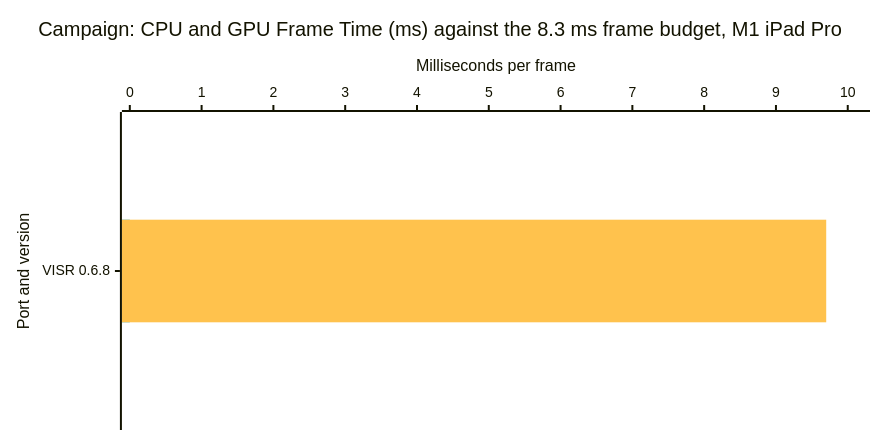
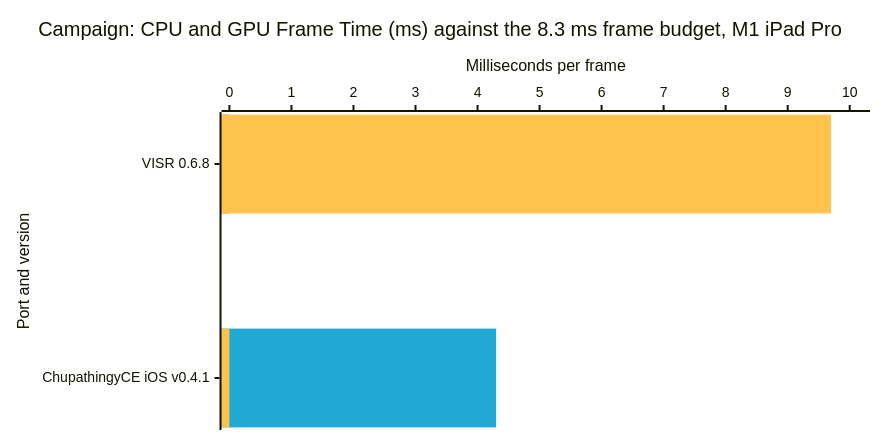
One commit to VISR-CE/visr changed the second of 7 diagrams in docs/benchmarks.md. Above: the diagram before and after it, drawn with Mermaid. The commit also changed other lines of this file and 4 other files, not shown here.

````diff
--- a/docs/benchmarks.md
+++ b/docs/benchmarks.md
@@ -48,17 +48,17 @@
 ```mermaid
 ---
 config:
   xyChart:
     width: 860
     height: 420
   themeVariables:
     xyChart:
       plotColorPalette: "#1fa9d4, #ffc24d"
 ---
 xychart-beta horizontal
     title "Campaign: CPU and GPU Frame Time (ms) against the 8.3 ms frame budget, M1 iPad Pro"
-    x-axis "Port and version" ["VISR 0.6.8"]
+    x-axis "Port and version" ["VISR 0.6.8", "ChupathingyCE iOS v0.4.1"]
     y-axis "Milliseconds per frame" 0 --> 10.2
-    bar [0]
-    bar [9.7]
+    bar [0, 4.3]
+    bar [9.7, 0]
 ```
````
